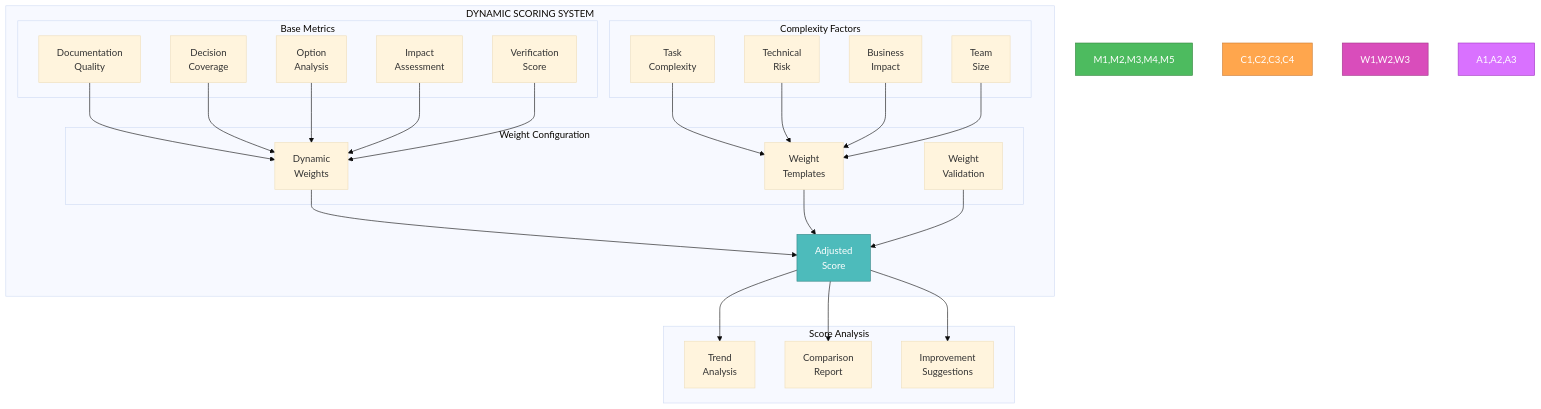
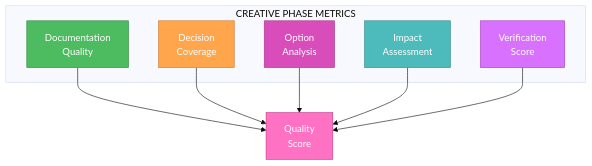
The first of 4 diagrams in .cursor/rules/isolation_rules/Core/creative-phase-metrics.mdc (7Spade/cursor-memory-bank), drawn with Mermaid (base theme) before and after one commit. The commit also changed other lines of this file and 4 other files, not shown here.

Commit message:
feat: Revise creative phase enforcement and metrics documentation; streamline task tracking processes, enhance verification protocols, and update task entry templates to improve clarity and efficiency in project management.

````diff
--- a/.cursor/rules/isolation_rules/Core/creative-phase-metrics.mdc
+++ b/.cursor/rules/isolation_rules/Core/creative-phase-metrics.mdc
@@ -15,52 +15,23 @@
 ```mermaid
 graph TD
-    subgraph "DYNAMIC SCORING SYSTEM"
-        subgraph "Base Metrics"
-            M1["Documentation<br>Quality"]
-            M2["Decision<br>Coverage"]
-            M3["Option<br>Analysis"]
-            M4["Impact<br>Assessment"]
-            M5["Verification<br>Score"]
-        end
-        
-        subgraph "Complexity Factors"
-            C1["Task<br>Complexity"]
-            C2["Technical<br>Risk"]
-            C3["Business<br>Impact"]
-            C4["Team<br>Size"]
-        end
-        
-        subgraph "Weight Configuration"
-            W1["Dynamic<br>Weights"]
-            W2["Weight<br>Templates"]
-            W3["Weight<br>Validation"]
-        end
-        
-        M1 --> W1
-        M2 --> W1
-        M3 --> W1
-        M4 --> W1
-        M5 --> W1
-        
-        C1 --> W2
-        C2 --> W2
-        C3 --> W2
-        C4 --> W2
-        
-        W1 --> Score["Adjusted<br>Score"]
-        W2 --> Score
-        W3 --> Score
+    subgraph "CREATIVE PHASE METRICS"
+    M1["Documentation<br>Quality"]
+    M2["Decision<br>Coverage"]
+    M3["Option<br>Analysis"]
+    M4["Impact<br>Assessment"]
+    M5["Verification<br>Score"]
     end
     
-    subgraph "Score Analysis"
-        Score --> A1["Trend<br>Analysis"]
-        Score --> A2["Comparison<br>Report"]
-        Score --> A3["Improvement<br>Suggestions"]
-    end
+    M1 --> Score["Quality<br>Score"]
+    M2 --> Score
+    M3 --> Score
+    M4 --> Score
+    M5 --> Score
     
-    style M1,M2,M3,M4,M5 fill:#4dbb5f,stroke:#36873f,color:white
-    style C1,C2,C3,C4 fill:#ffa64d,stroke:#cc7a30,color:white
-    style W1,W2,W3 fill:#d94dbb,stroke:#a3378a,color:white
-    style Score fill:#4dbbbb,stroke:#368787,color:white
-    style A1,A2,A3 fill:#d971ff,stroke:#a33bc2,color:white
+    style M1 fill:#4dbb5f,stroke:#36873f,color:white
+    style M2 fill:#ffa64d,stroke:#cc7a30,color:white
+    style M3 fill:#d94dbb,stroke:#a3378a,color:white
+    style M4 fill:#4dbbbb,stroke:#368787,color:white
+    style M5 fill:#d971ff,stroke:#a33bc2,color:white
+    style Score fill:#ff71c2,stroke:#c23b8a,color:white
 ```
````
